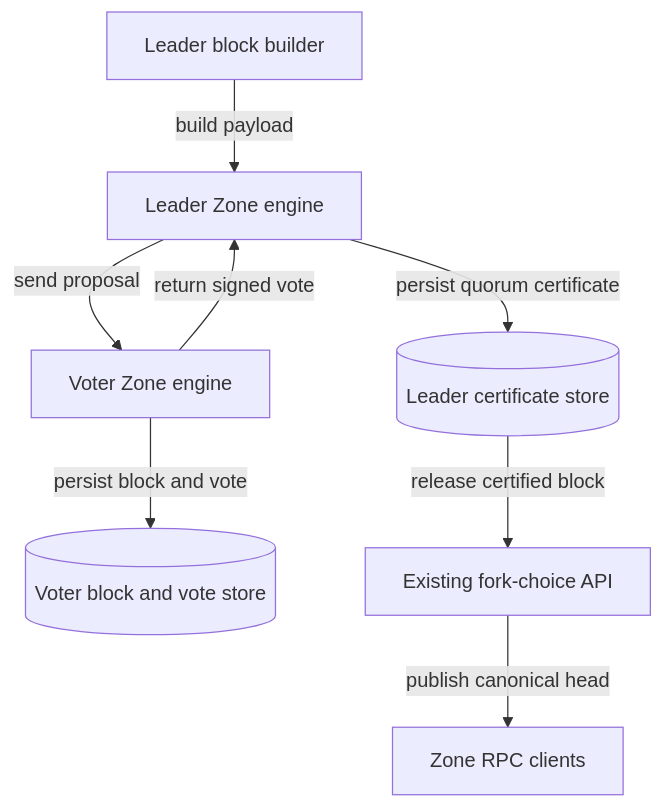
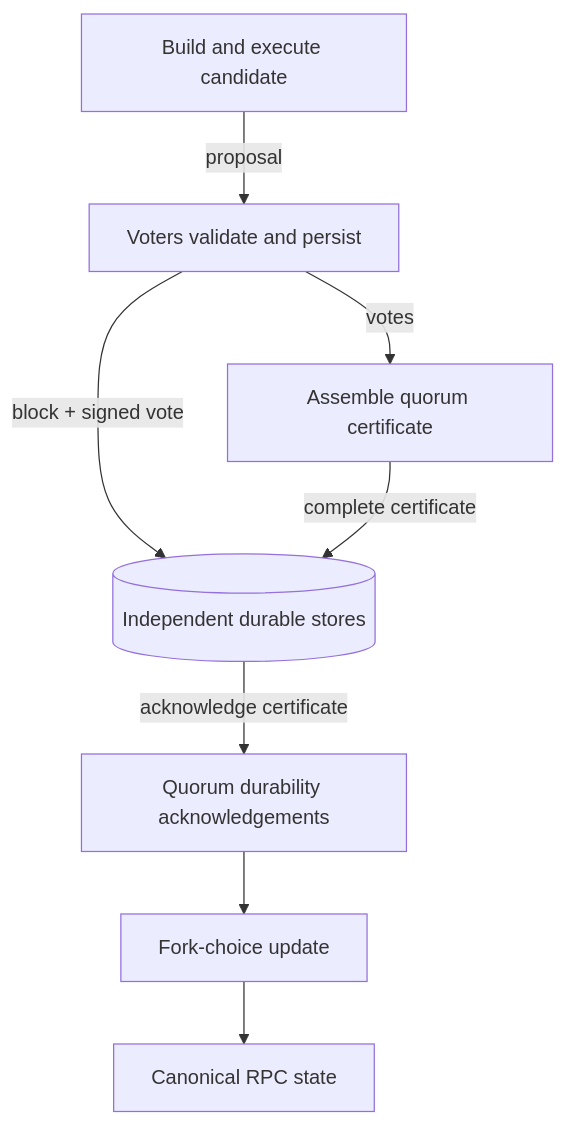
Before and after one commit to tempoxyz/zones: the second of 4 diagrams in spt_automated_failover.md, drawn with Mermaid. The commit also changed other lines of this file, not shown here.

Commit message:
docs: strengthen automated sequencer failover plan

````diff
--- a/spt_automated_failover.md
+++ b/spt_automated_failover.md
@@ -48,18 +51,18 @@
 ```mermaid
 flowchart TD
-    builder["Leader block builder"]
-    leaderEngine["Leader Zone engine"]
-    voterEngine["Voter Zone engine"]
-    voterStore[("Voter block and vote store")]
-    certificateStore[("Leader certificate store")]
-    forkChoice["Existing fork-choice API"]
-    rpc["Zone RPC clients"]
+    build["Build and execute candidate"]
+    voters["Voters validate and persist"]
+    stores[("Independent durable stores")]
+    cert["Assemble quorum certificate"]
+    durable["Quorum durability acknowledgements"]
+    fcu["Fork-choice update"]
+    clients["Canonical RPC state"]
 
-    builder -->|"build payload"| leaderEngine
-    leaderEngine -->|"send proposal"| voterEngine
-    voterEngine -->|"persist block and vote"| voterStore
-    voterEngine -->|"return signed vote"| leaderEngine
-    leaderEngine -->|"persist quorum certificate"| certificateStore
-    certificateStore -->|"release certified block"| forkChoice
-    forkChoice -->|"publish canonical head"| rpc
+    build -->|proposal| voters
+    voters -->|block + signed vote| stores
+    voters -->|votes| cert
+    cert -->|complete certificate| stores
+    stores -->|acknowledge certificate| durable
+    durable --> fcu
+    fcu --> clients
 ```
````
